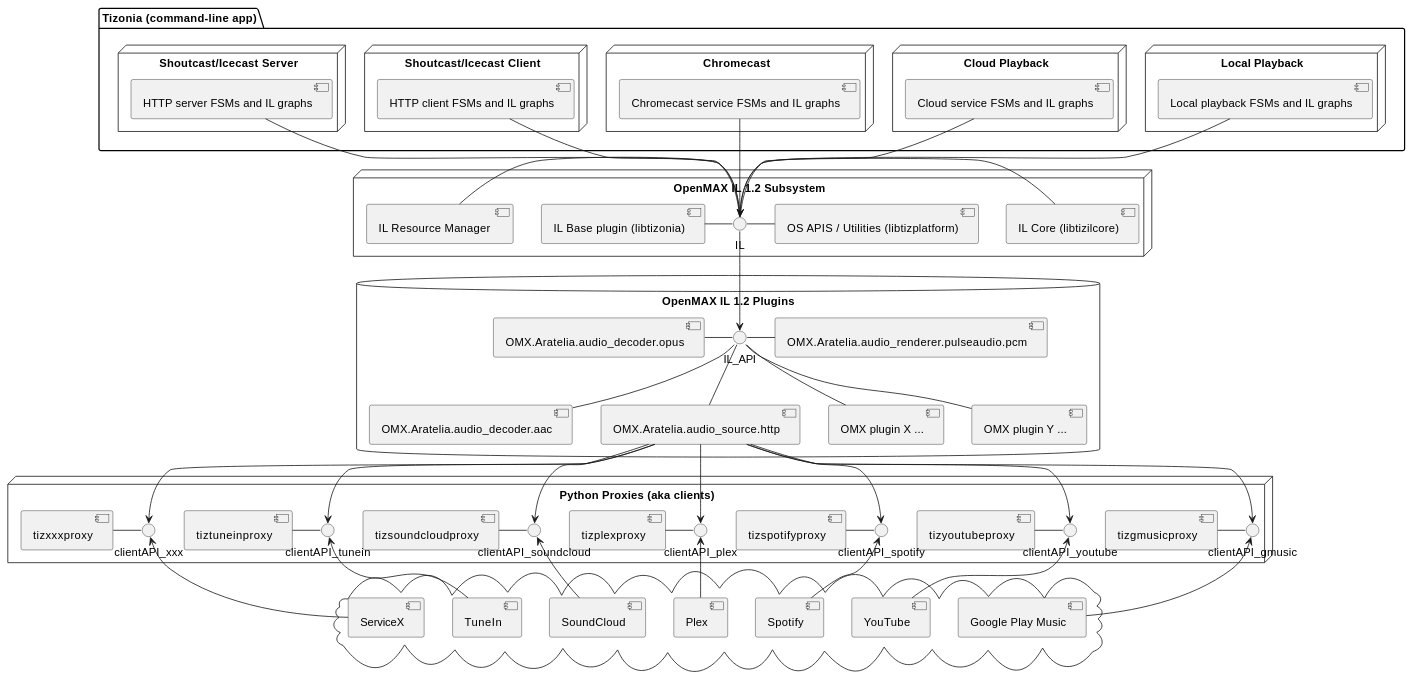
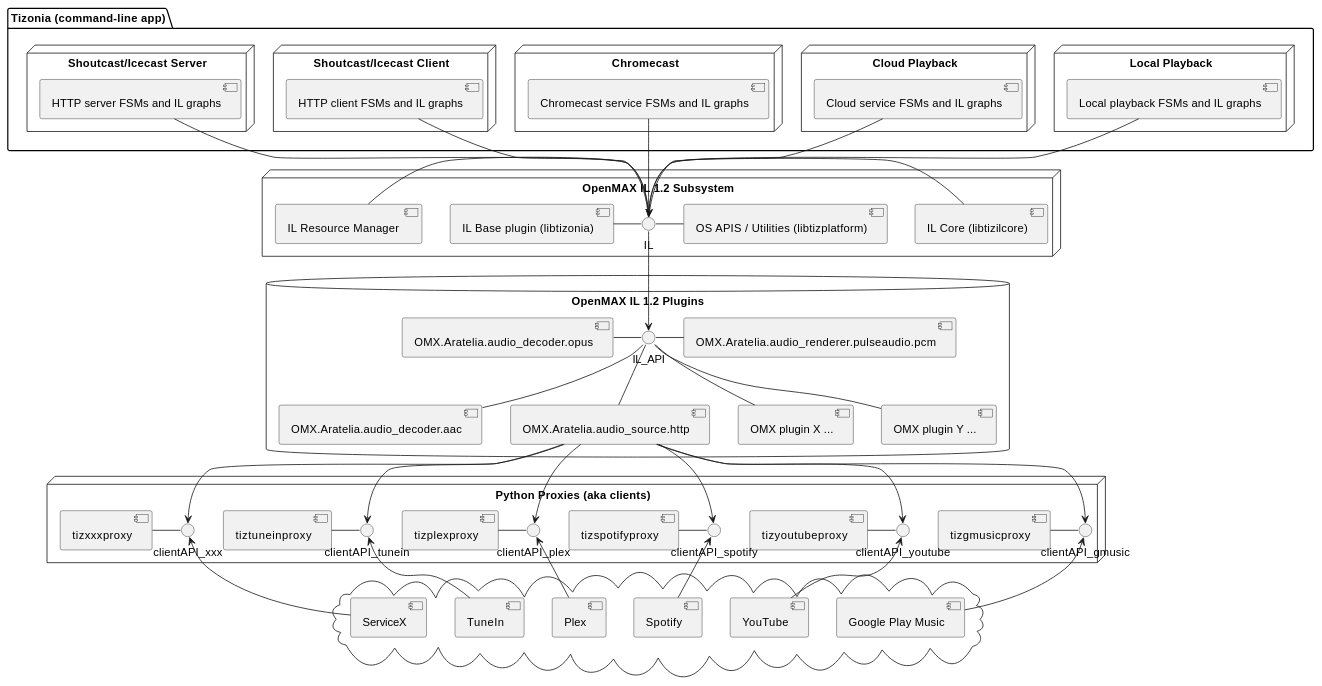
Before and after one commit to tizonia/tizonia-openmax-il: the diagram in docs/sphinx-src/development/development.rst, drawn with PlantUML. The commit also changed 61 other files, not shown here.

Commit message:
build: disable SoundCloud integration by default

```diff
--- a/docs/sphinx-src/development/development.rst
+++ b/docs/sphinx-src/development/development.rst
@@ -12,75 +12,72 @@
 .. uml::
    :caption: The Tizonia Project components
    :scale: 100 %
    :width: 20cm
 
    @startuml
    package "Tizonia (command-line app)" {
      node "Local Playback" {
        [Local playback FSMs and IL graphs]
      }
      node "Cloud Playback" {
        [Cloud service FSMs and IL graphs]
      }
      node "Chromecast" {
        [Chromecast service FSMs and IL graphs]
      }
      node "Shoutcast/Icecast Client" {
        [HTTP client FSMs and IL graphs]
      }
      node "Shoutcast/Icecast Server" {
        [HTTP server FSMs and IL graphs]
      }
    }
 
    node "OpenMAX IL 1.2 Subsystem" {
      IL - [IL Core (libtizilcore)]
      [IL Base plugin (libtizonia)] - IL
      IL -left- [IL Resource Manager ]
      IL -right- [OS APIS / Utilities (libtizplatform)]
      [Local playback FSMs and IL graphs] --> IL
      [Cloud service FSMs and IL graphs] --> IL
      [Chromecast service FSMs and IL graphs] -- IL
      [HTTP client FSMs and IL graphs] -- IL
      [HTTP server FSMs and IL graphs] -- IL
    }
 
 
    database "OpenMAX IL 1.2 Plugins" {
       [OMX.Aratelia.audio_decoder.opus] - IL_API
       IL_API - [OMX.Aratelia.audio_renderer.pulseaudio.pcm]
       [OMX.Aratelia.audio_decoder.aac] -up- IL_API
       [OMX.Aratelia.audio_source.http] -up- IL_API
       [OMX plugin X ...] -up- IL_API
       [OMX plugin Y ...] -up- IL_API
       IL --> IL_API
    }
 
 
    node "Python Proxies (aka clients)" {
      [tizgmusicproxy] - clientAPI_gmusic
      [tizyoutubeproxy] - clientAPI_youtube
      [tizspotifyproxy] - clientAPI_spotify
      [tizplexproxy] - clientAPI_plex
-     [tizsoundcloudproxy] - clientAPI_soundcloud
      [tiztuneinproxy] - clientAPI_tunein
      [tizxxxproxy] - clientAPI_xxx
      [OMX.Aratelia.audio_source.http] --> clientAPI_gmusic
      [OMX.Aratelia.audio_source.http] --> clientAPI_youtube
      [OMX.Aratelia.audio_source.http] --> clientAPI_spotify
      [OMX.Aratelia.audio_source.http] --> clientAPI_plex
-     [OMX.Aratelia.audio_source.http] --> clientAPI_soundcloud
      [OMX.Aratelia.audio_source.http] --> clientAPI_tunein
      [OMX.Aratelia.audio_source.http] --> clientAPI_xxx
    }
 
    cloud {
      [Google Play Music] -up-> clientAPI_gmusic
      [Spotify] -up-> clientAPI_spotify
      [YouTube] -up-> clientAPI_youtube
      [Plex] -up-> clientAPI_plex
-     [SoundCloud] -up-> clientAPI_soundcloud
      [TuneIn] -up-> clientAPI_tunein
      [ServiceX] -up-> clientAPI_xxx
    }
    @enduml
```
